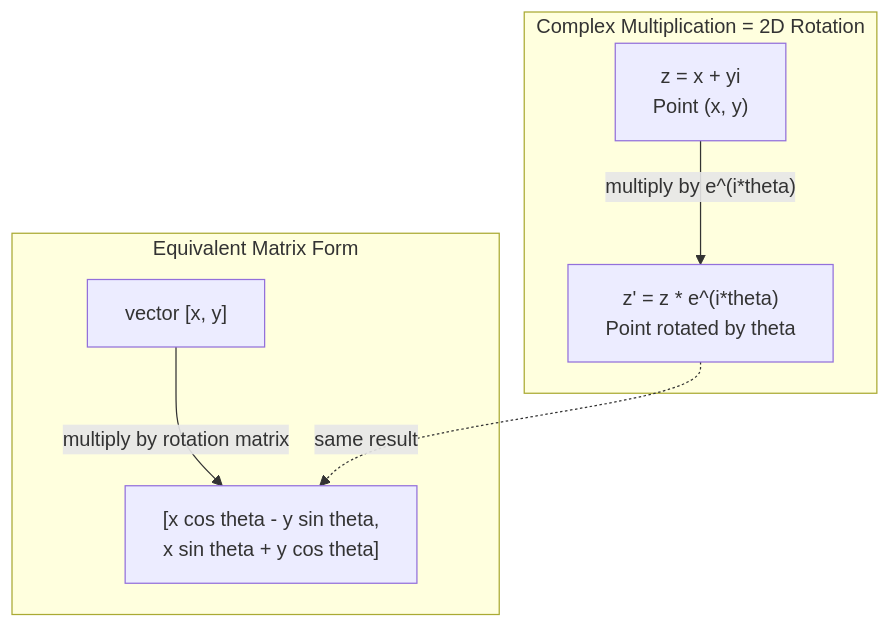
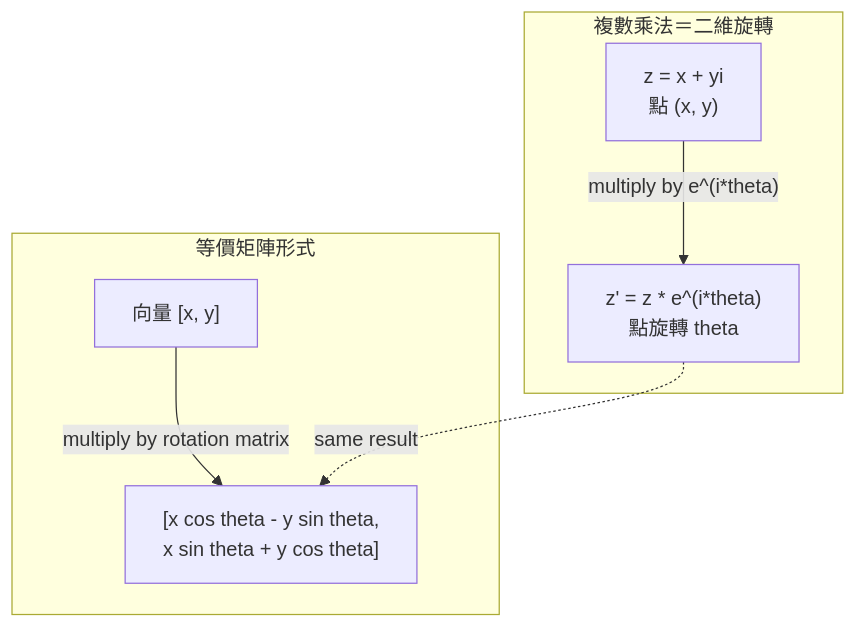
The first of 2 diagrams in i18n/zh-TW/phases/01-math-foundations/19-complex-numbers/docs/zh-TW.md (edward821220/ai-engineering-from-scratch), drawn with Mermaid before and after one commit. The commit also changed other lines of this file and 123 other files, not shown here.

````diff
--- a/i18n/zh-TW/phases/01-math-foundations/19-complex-numbers/docs/zh-TW.md
+++ b/i18n/zh-TW/phases/01-math-foundations/19-complex-numbers/docs/zh-TW.md
@@ -163,10 +163,10 @@
 ```mermaid
 graph TD
-    subgraph "Complex Multiplication = 2D Rotation"
-        A["z = x + yi<br/>Point (x, y)"] -->|"multiply by e^(i*theta)"| B["z' = z * e^(i*theta)<br/>Point rotated by theta"]
+    subgraph "複數乘法＝二維旋轉"
+        A["z = x + yi<br/>點 (x, y)"] -->|"multiply by e^(i*theta)"| B["z' = z * e^(i*theta)<br/>點旋轉 theta"]
     end
-    subgraph "Equivalent Matrix Form"
-        C["vector [x, y]"] -->|"multiply by rotation matrix"| D["[x cos theta - y sin theta,<br/> x sin theta + y cos theta]"]
+    subgraph "等價矩陣形式"
+        C["向量 [x, y]"] -->|"multiply by rotation matrix"| D["[x cos theta - y sin theta,<br/> x sin theta + y cos theta]"]
     end
     B -.->|"same result"| D
 ```
````
